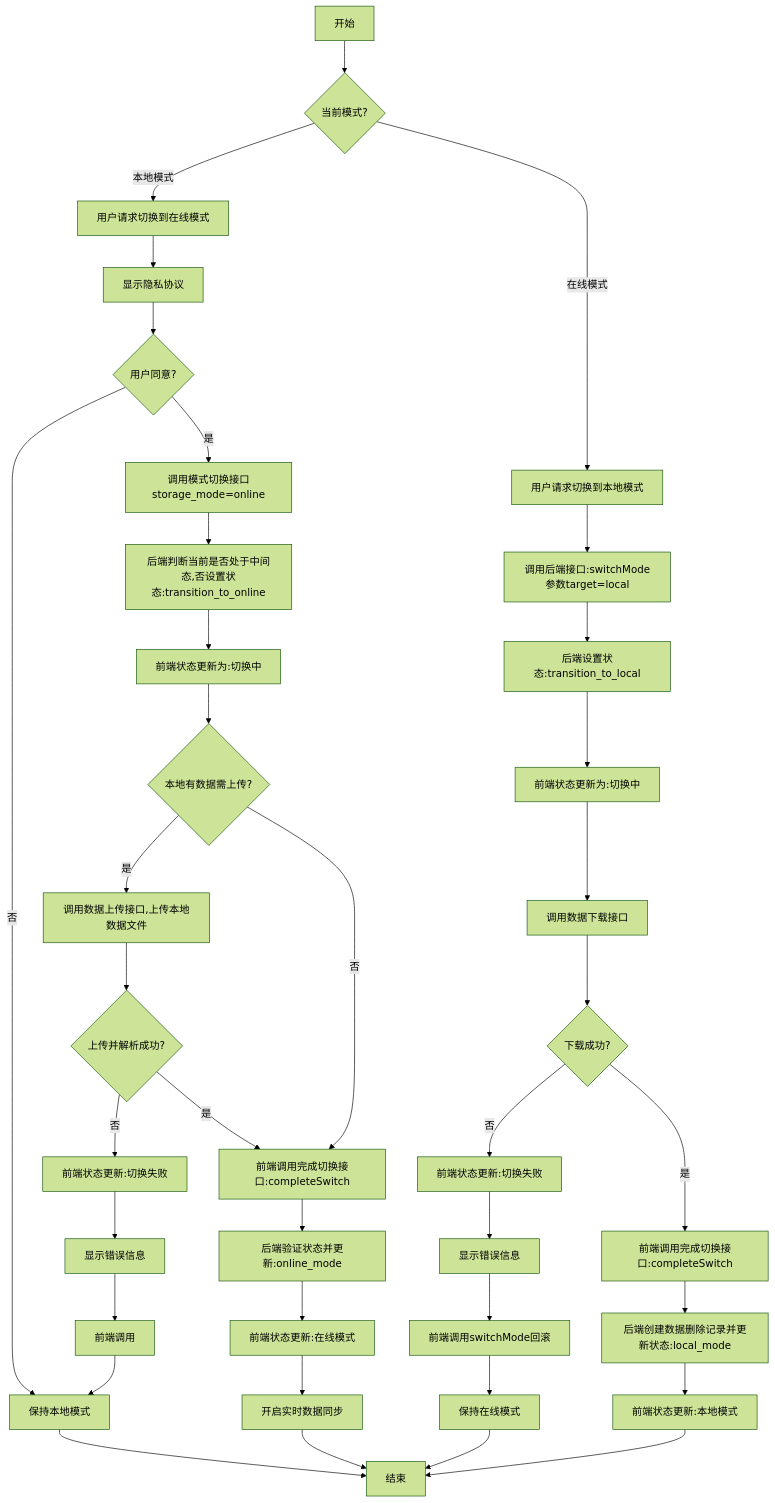
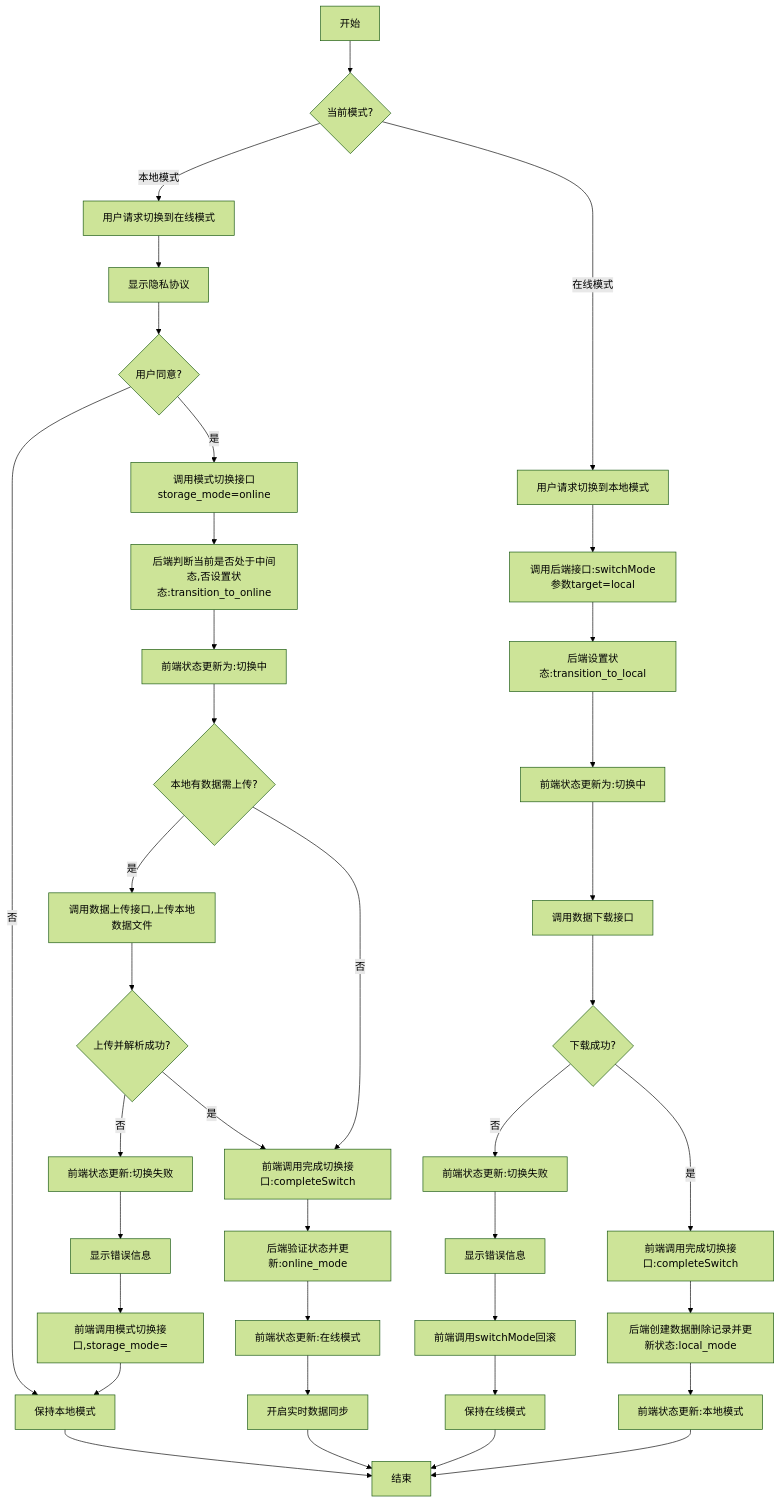
Before and after one commit to yingjianzh/iodraw-files: the diagram in all/未命名-58.md, drawn with Mermaid (forest theme).

Commit message:
2025-05-14 10:36:15 update

````diff
--- a/all/未命名-58.md
+++ b/all/未命名-58.md
@@ -1,51 +1,51 @@
 ```mermaid
 flowchart TD
     A[开始] --> B{当前模式?}
     
     %% 本地模式转在线模式
     B -->|本地模式| C[用户请求切换到在线模式]
     C --> D[显示隐私协议]
     D --> E{用户同意?}
     E -->|否| F[保持本地模式]
     F --> Z[结束]
     
     E -->|是| G[调用模式切换接口storage_mode=online]
     G --> H[后端判断当前是否处于中间态,否设置状态:transition_to_online]
     H --> I[前端状态更新为:切换中]
     
     I --> J{本地有数据需上传?}
     
     J -->|是| L[调用数据上传接口,上传本地数据文件]
     L --> M{上传并解析成功?}
     M -->|否| O[前端状态更新:切换失败]
     O --> P[显示错误信息]
-    P --> Q[前端调用]
+    P --> Q[前端调用模式切换接口,storage_mode=]
     Q --> F
     
     J -->|否| R[前端调用完成切换接口:completeSwitch]
     M -->|是| R
     
     R --> S[后端验证状态并更新:online_mode]
     S --> T[前端状态更新:在线模式]
     T --> U[开启实时数据同步]
     U --> Z
     
     %% 在线模式转本地模式
     B -->|在线模式| V[用户请求切换到本地模式]
     V --> W[调用后端接口:switchMode参数target=local]
     W --> X[后端设置状态:transition_to_local]
     X --> Y[前端状态更新为:切换中]
     
     Y --> Z1[调用数据下载接口]
     Z1 --> AA{下载成功?}
     AA -->|否| AB[前端状态更新:切换失败]
     AB --> AC[显示错误信息]
     AC --> AD[前端调用switchMode回滚]
     AD --> AE[保持在线模式]
     AE --> Z
     
     AA -->|是| AF[前端调用完成切换接口:completeSwitch]
     AF --> AG[后端创建数据删除记录并更新状态:local_mode]
     AG --> AH[前端状态更新:本地模式]
     AH --> Z
 ```
````
